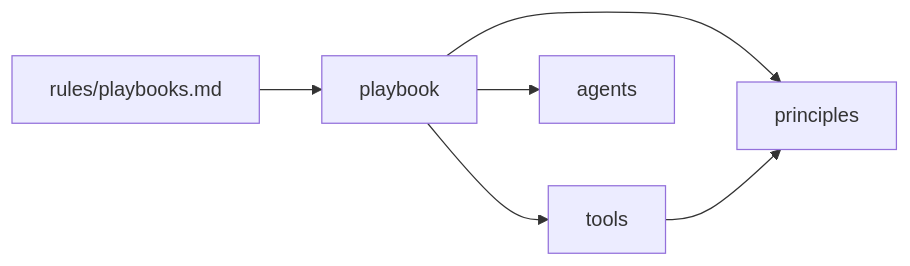
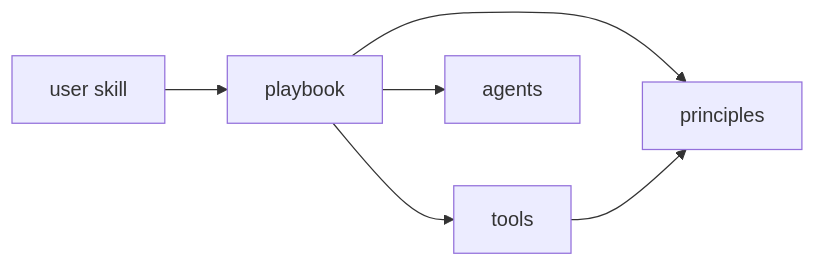
One commit to Med-Karim-Ben-Boubaker/karim-skills changed the diagram in README.md. Above: the diagram before and after it, drawn with Mermaid. The commit also changed other lines of this file and 67 other files, not shown here.

First line of the commit message:
Add the user tier: 8 commands that pick playbooks

````diff
--- a/README.md
+++ b/README.md
@@ -15,8 +15,8 @@
 ```mermaid
 flowchart LR
-  rule[rules/playbooks.md] --> pb[playbook]
-  pb --> tools[tools]
-  pb --> principles[principles]
-  pb --> agents[agents]
+  user[user skill] --> pb[playbook]
+  pb --> principles
+  pb --> tools
+  pb --> agents
   tools --> principles
 ```
````
